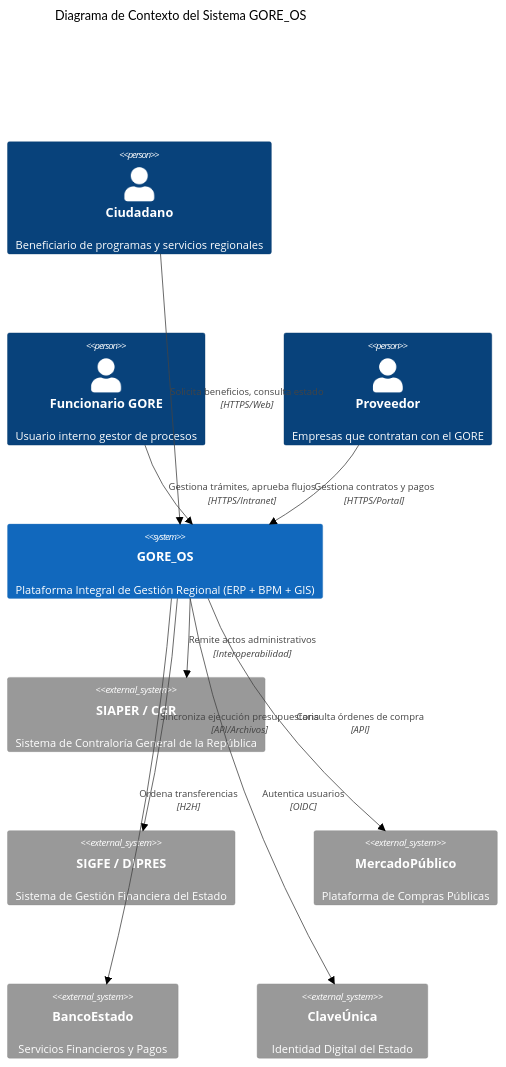
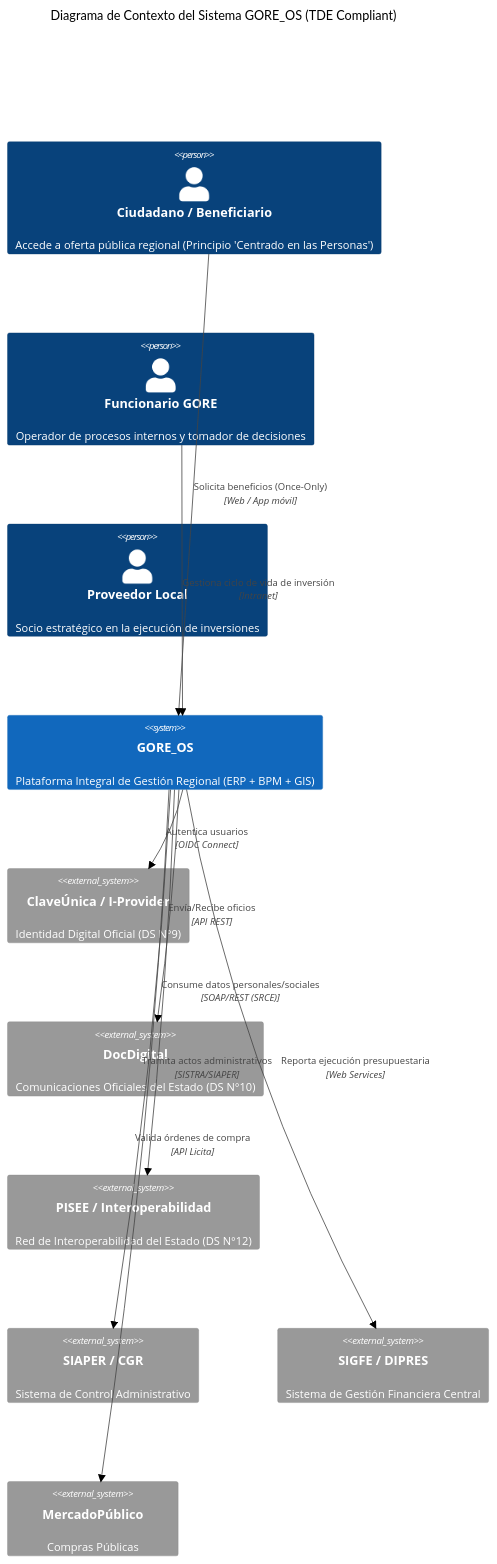
Before and after one commit to felix-antonio-sl/gore_os: the diagram in architecture/c1_context/system_context.md, drawn with Mermaid (forest theme). The commit also changed other lines of this file and 2 other files, not shown here.

Commit message:
feat: Add governance and compliance documentation, and update system context for TDE alignment and interoperability.

````diff
--- a/architecture/c1_context/system_context.md
+++ b/architecture/c1_context/system_context.md
@@ -8,30 +11,36 @@
 ```mermaid
 C4Context
-    title Diagrama de Contexto del Sistema GORE_OS
+    title Diagrama de Contexto del Sistema GORE_OS (TDE Compliant)
 
     %% Actores
-    Person(ciudadano, "Ciudadano", "Beneficiario de programas y servicios regionales")
-    Person(funcionario, "Funcionario GORE", "Usuario interno gestor de procesos")
-    Person(proveedor, "Proveedor", "Empresas que contratan con el GORE")
+    Person(ciudadano, "Ciudadano / Beneficiario", "Accede a oferta pública regional (Principio 'Centrado en las Personas')")
+    Person(funcionario, "Funcionario GORE", "Operador de procesos internos y tomador de decisiones")
+    Person(proveedor, "Proveedor Local", "Socio estratégico en la ejecución de inversiones")
 
     %% Sistema Central
     System(gore_os, "GORE_OS", "Plataforma Integral de Gestión Regional (ERP + BPM + GIS)")
 
-    %% Sistemas Externos
-    System_Ext(cgr, "SIAPER / CGR", "Sistema de Contraloría General de la República")
-    System_Ext(dipres, "SIGFE / DIPRES", "Sistema de Gestión Financiera del Estado")
-    System_Ext(mercadopublico, "MercadoPúblico", "Plataforma de Compras Públicas")
-    System_Ext(banco, "BancoEstado", "Servicios Financieros y Pagos")
-    System_Ext(claveunica, "ClaveÚnica", "Identidad Digital del Estado")
+    %% Sistemas Externos (Plataformas Compartidas TDE)
+    System_Ext(claveunica, "ClaveÚnica / I-Provider", "Identidad Digital Oficial (DS N°9)")
+    System_Ext(docdigital, "DocDigital", "Comunicaciones Oficiales del Estado (DS N°10)")
+    System_Ext(pisee, "PISEE / Interoperabilidad", "Red de Interoperabilidad del Estado (DS N°12)")
+    
+    %% Sistemas Externos (Sectoriales)
+    System_Ext(cgr, "SIAPER / CGR", "Sistema de Control Administrativo")
+    System_Ext(dipres, "SIGFE / DIPRES", "Sistema de Gestión Financiera Central")
+    System_Ext(mercadopublico, "MercadoPúblico", "Compras Públicas")
 
-    %% Relaciones
-    Rel(ciudadano, gore_os, "Solicita beneficios, consulta estado", "HTTPS/Web")
-    Rel(funcionario, gore_os, "Gestiona trámites, aprueba flujos", "HTTPS/Intranet")
-    Rel(proveedor, gore_os, "Gestiona contratos y pagos", "HTTPS/Portal")
+    %% Relaciones Ciudadano
+    Rel(ciudadano, gore_os, "Solicita beneficios (Once-Only)", "Web / App móvil")
+    Rel(gore_os, claveunica, "Autentica usuarios", "OIDC Connect")
 
-    Rel(gore_os, claveunica, "Autentica usuarios", "OIDC")
-    Rel(gore_os, cgr, "Remite actos administrativos", "Interoperabilidad")
-    Rel(gore_os, dipres, "Sincroniza ejecución presupuestaria", "API/Archivos")
-    Rel(gore_os, mercadopublico, "Consulta órdenes de compra", "API")
-    Rel(gore_os, banco, "Ordena transferencias", "H2H")
+    %% Relaciones Operativas
+    Rel(funcionario, gore_os, "Gestiona ciclo de vida de inversión", "Intranet")
+    Rel(gore_os, docdigital, "Envía/Recibe oficios", "API REST")
+    Rel(gore_os, pisee, "Consume datos personales/sociales", "SOAP/REST (SRCE)")
+    
+    %% Relaciones de Control y Financieras
+    Rel(gore_os, cgr, "Tramita actos administrativos", "SISTRA/SIAPER")
+    Rel(gore_os, dipres, "Reporta ejecución presupuestaria", "Web Services")
+    Rel(gore_os, mercadopublico, "Valida órdenes de compra", "API Licita")
 ```
````
